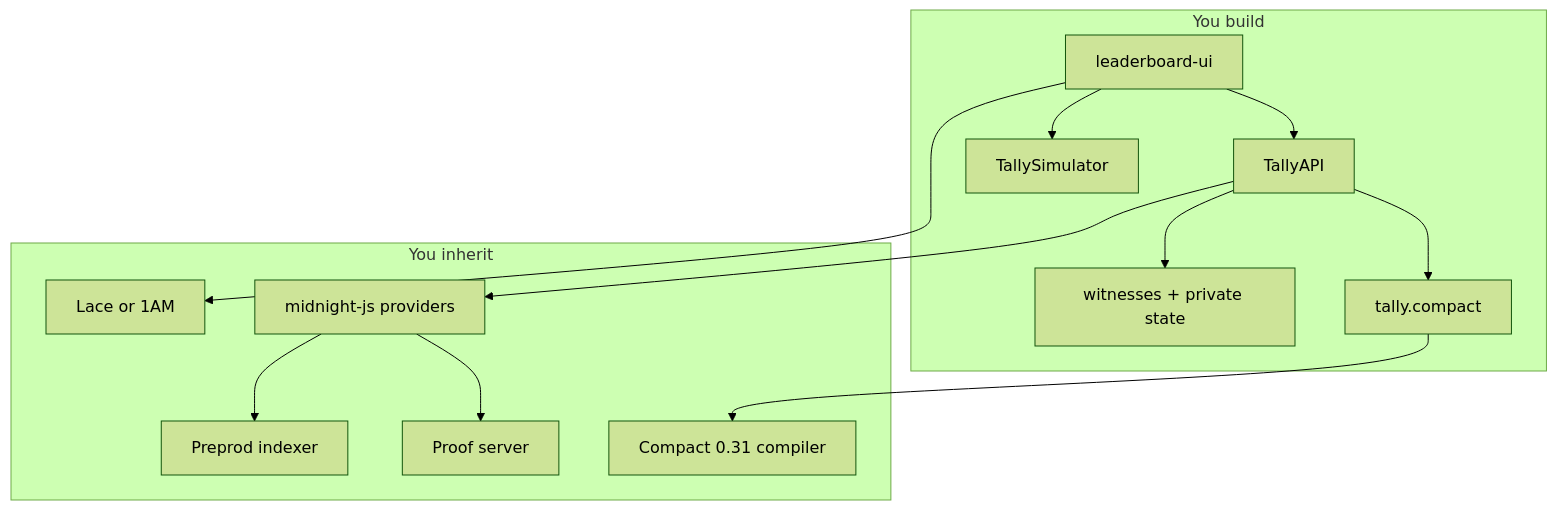
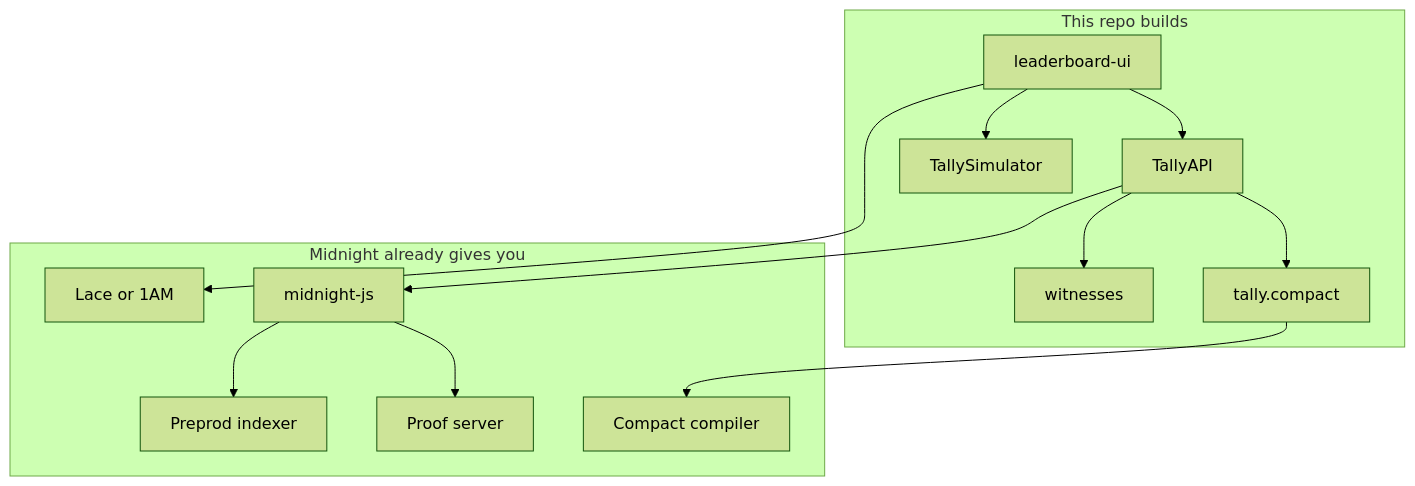
The diagram in docs/architecture.mdx (Preciousbas/tally), drawn with Mermaid (forest theme) before and after one commit. The commit also changed other lines of this file and 23 other files, not shown here.

````diff
--- a/docs/architecture.mdx
+++ b/docs/architecture.mdx
@@ -15,26 +15,26 @@
 ```mermaid
 flowchart TB
-  subgraph inherit [You inherit]
+  subgraph inherit [Midnight already gives you]
     Lace[Lace or 1AM]
     Idx[Preprod indexer]
     PS[Proof server]
-    MJS[midnight-js providers]
-    Comp[Compact 0.31 compiler]
+    MJS[midnight-js]
+    Comp[Compact compiler]
   end
-  subgraph build [You build]
+  subgraph build [This repo builds]
     UI[leaderboard-ui]
     API[TallyAPI]
-    W[witnesses + private state]
+    W[witnesses]
     C[tally.compact]
     Sim[TallySimulator]
   end
   UI --> Lace
   UI --> API
   UI --> Sim
   API --> MJS
   API --> W
   API --> C
   MJS --> PS
   MJS --> Idx
   C --> Comp
 ```
````
